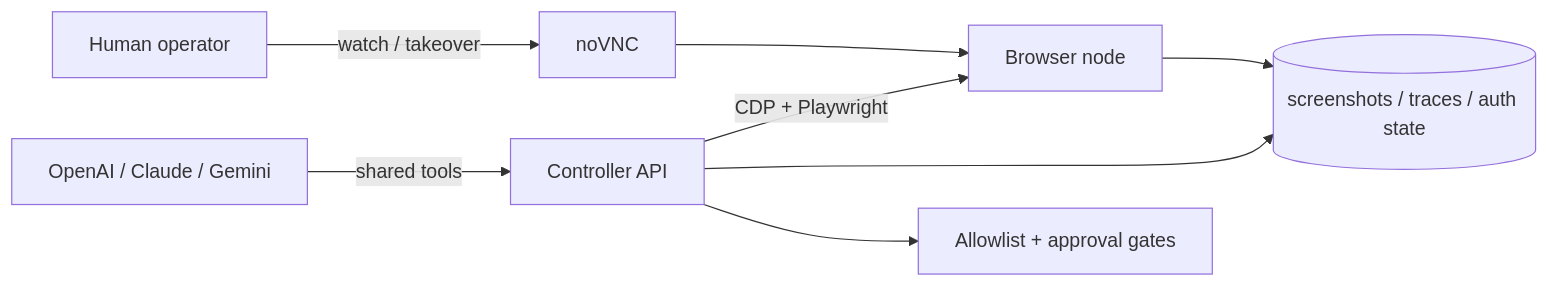
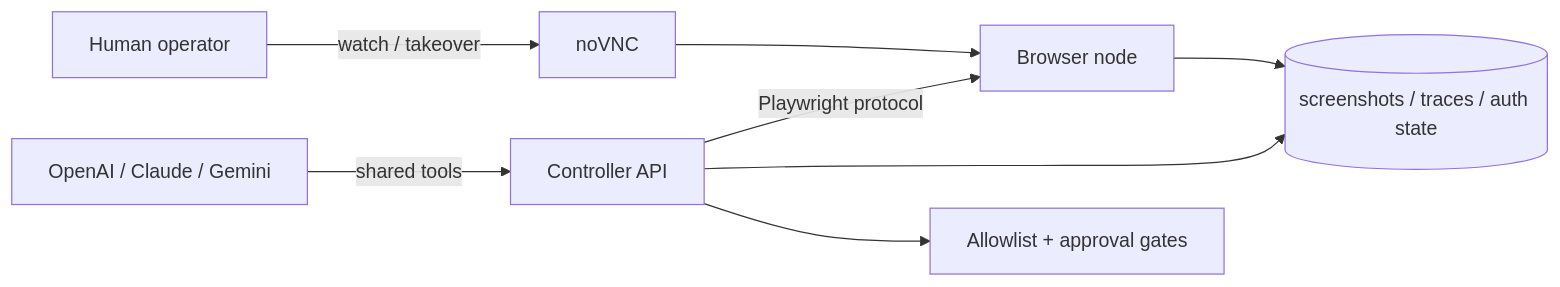
The diagram in README.md (Sanvith6/auto-browser), drawn with Mermaid before and after one commit. The commit also changed other lines of this file and 24 other files, not shown here.

Commit message:
Browser operator: add durable jobs and Playwright server bridge

````diff
--- a/README.md
+++ b/README.md
@@ -20,10 +22,10 @@
 ```mermaid
 flowchart LR
     User[Human operator] -->|watch / takeover| noVNC[noVNC]
     LLM[OpenAI / Claude / Gemini] -->|shared tools| Controller[Controller API]
-    Controller -->|CDP + Playwright| Browser[Browser node]
+    Controller -->|Playwright protocol| Browser[Browser node]
     noVNC --> Browser
     Browser --> Artifacts[(screenshots / traces / auth state)]
     Controller --> Artifacts
     Controller --> Policy[Allowlist + approval gates]
 ```
````
